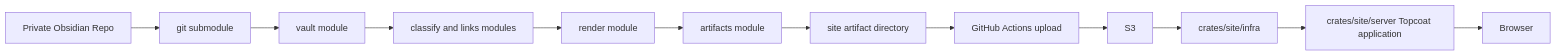
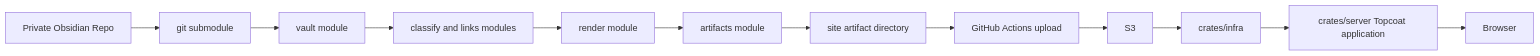
One commit to okawak/okawak_blog changed the first of 4 diagrams in docs/architecture/architecture.md. Above: the diagram before and after it, drawn with Mermaid. The commit also changed other lines of this file and 51 other files, not shown here.

````diff
--- a/docs/architecture/architecture.md
+++ b/docs/architecture/architecture.md
@@ -23,14 +23,14 @@
 ```mermaid
 flowchart LR
     A[Private Obsidian Repo] --> B[git submodule]
     B --> C[vault module]
     C --> D[classify and links modules]
     D --> E[render module]
     E --> F[artifacts module]
     F --> G[site artifact directory]
     G --> H[GitHub Actions upload]
     H --> I[S3]
-    I --> J[crates/site/infra]
-    J --> K[crates/site/server Topcoat application]
+    I --> J[crates/infra]
+    J --> K[crates/server Topcoat application]
     K --> M[Browser]
 ```
````
